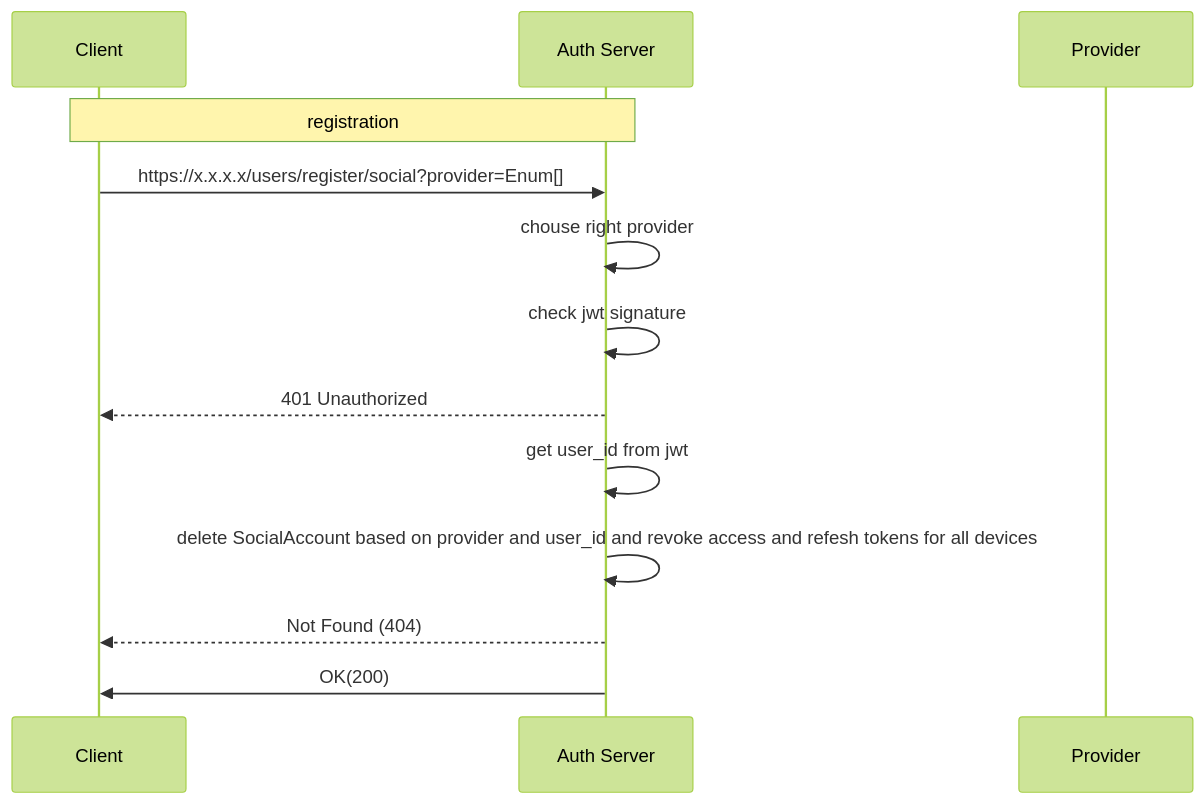
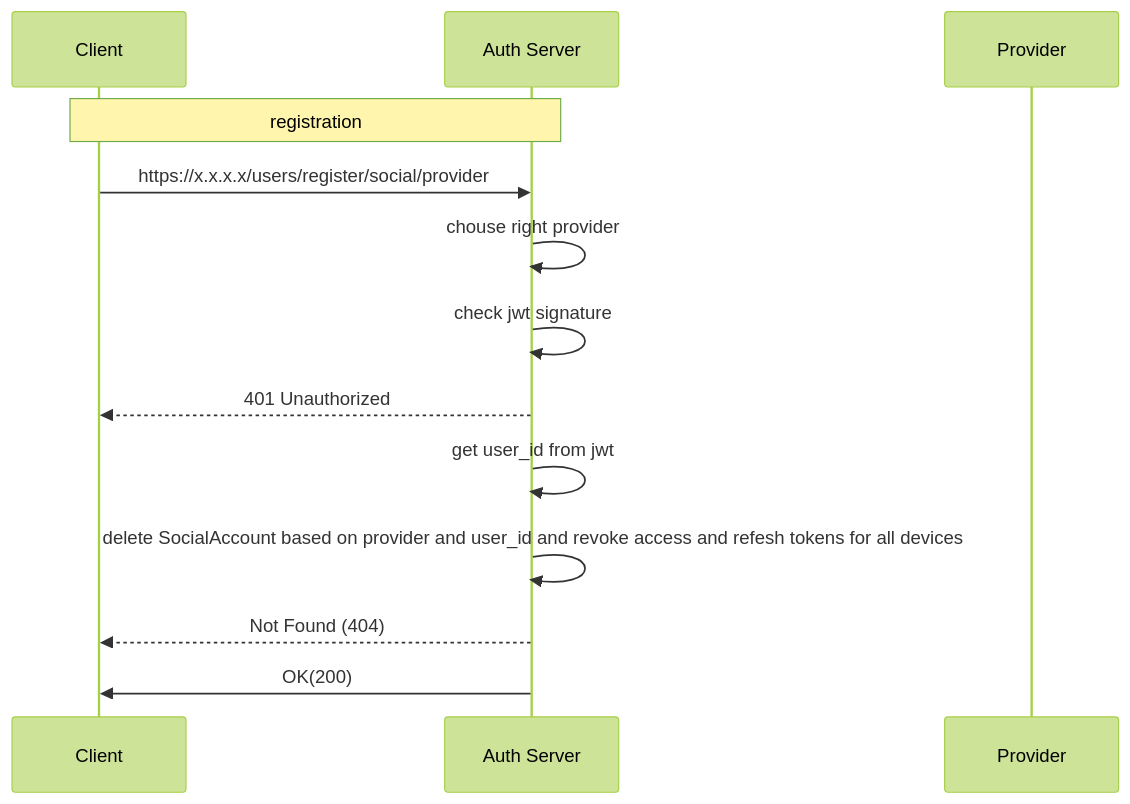
One commit to veselij/Auth_sprint_6_team_5 changed the diagram in Docs/3_social/2_social_delete.md. Above: the diagram before and after it, drawn with Mermaid (forest theme). The commit also changed other lines of this file and 16 other files, not shown here.

````diff
--- a/Docs/3_social/2_social_delete.md
+++ b/Docs/3_social/2_social_delete.md
@@ -1,15 +1,15 @@
 ```mermaid
 sequenceDiagram
 	participant C as Client  
 	participant S as Auth Server
 	participant P as Provider
 	Note over C, S: registration
-	C->>S: https://x.x.x.x/users/register/social?provider=Enum[]
+	C->>S: https://x.x.x.x/users/register/social/provider
 	S->>S: chouse right provider
 	S->>S: check jwt signature
 	S-->>C: 401 Unauthorized
 	S->>S: get user_id from jwt
 	S->>S: delete SocialAccount based on provider and user_id and revoke access and refesh tokens for all devices
 	S-->>C: Not Found (404)
 	S->>C: OK(200)
 ```
````
